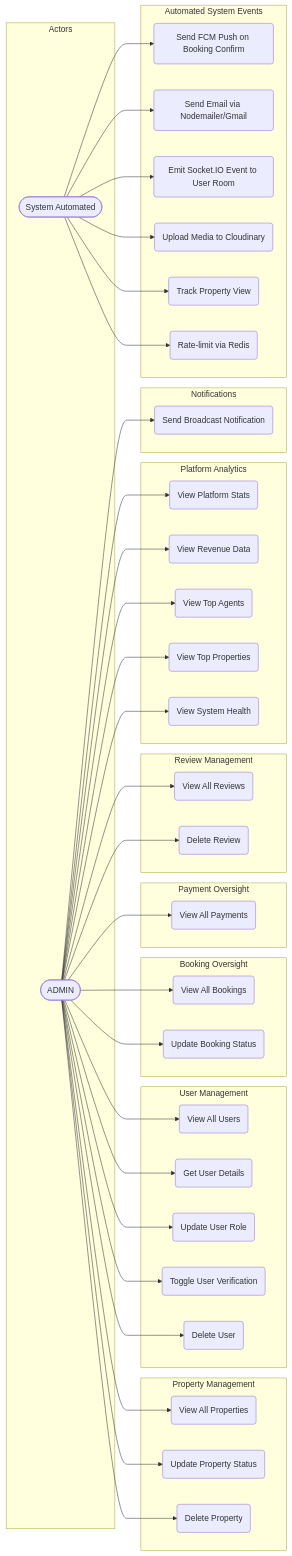
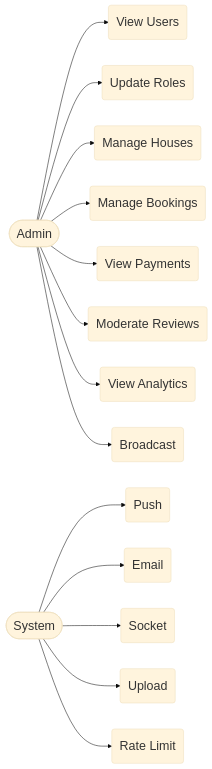
Before and after one commit to jim2107054/Housely: the eighth of 16 diagrams in housely_mermaid_diagrams.md, drawn with Mermaid. The commit also changed other lines of this file and 4 other files, not shown here.

````diff
--- a/housely_mermaid_diagrams.md
+++ b/housely_mermaid_diagrams.md
@@ -533,58 +294,23 @@
 ```mermaid
+%%{init: {"theme":"base","themeVariables":{"fontFamily":"Times New Roman","fontSize":"24px"}}}%%
 graph LR
-    subgraph Actors
-        AD(["ADMIN"])
-        SYS(["System Automated"])
-    end
+    AD(["Admin"])
+    SYS(["System"])
 
-    subgraph ModerationModule["Property Management"]
-        A1(View All Properties)
-        A2(Update Property Status)
-        A3(Delete Property)
-    end
+    A1(View Users)
+    A2(Update Roles)
+    A3(Manage Houses)
+    A4(Manage Bookings)
+    A5(View Payments)
+    A6(Moderate Reviews)
+    A7(View Analytics)
+    A8(Broadcast)
 
-    subgraph UserMgmtModule["User Management"]
-        A4(View All Users)
-        A5(Get User Details)
-        A6(Update User Role)
-        A7(Toggle User Verification)
-        A8(Delete User)
-    end
-
-    subgraph BookingOversight["Booking Oversight"]
-        A9(View All Bookings)
-        A10(Update Booking Status)
-    end
-
-    subgraph PaymentModule["Payment Oversight"]
-        A11(View All Payments)
-    end
-
-    subgraph ReviewManagement["Review Management"]
-        A12(View All Reviews)
-        A13(Delete Review)
-    end
-
-    subgraph AnalyticsModule["Platform Analytics"]
-        A14(View Platform Stats)
-        A15(View Revenue Data)
-        A16(View Top Agents)
-        A17(View Top Properties)
-        A18(View System Health)
-    end
-
-    subgraph NotifBroadcast["Notifications"]
-        A19(Send Broadcast Notification)
-    end
-
-    subgraph SystemTriggers["Automated System Events"]
-        S1(Send FCM Push on Booking Confirm)
-        S2(Send Email via Nodemailer/Gmail)
-        S3(Emit Socket.IO Event to User Room)
-        S4(Upload Media to Cloudinary)
-        S5(Track Property View)
-        S6(Rate-limit via Redis)
-    end
+    S1(Push)
+    S2(Email)
+    S3(Socket)
+    S4(Upload)
+    S5(Rate Limit)
 
     AD --> A1
     AD --> A2
@@ -594,22 +320,10 @@
     AD --> A6
     AD --> A7
     AD --> A8
-    AD --> A9
-    AD --> A10
-    AD --> A11
-    AD --> A12
-    AD --> A13
-    AD --> A14
-    AD --> A15
-    AD --> A16
-    AD --> A17
-    AD --> A18
-    AD --> A19
 
     SYS --> S1
     SYS --> S2
     SYS --> S3
     SYS --> S4
     SYS --> S5
-    SYS --> S6
 ```
````
